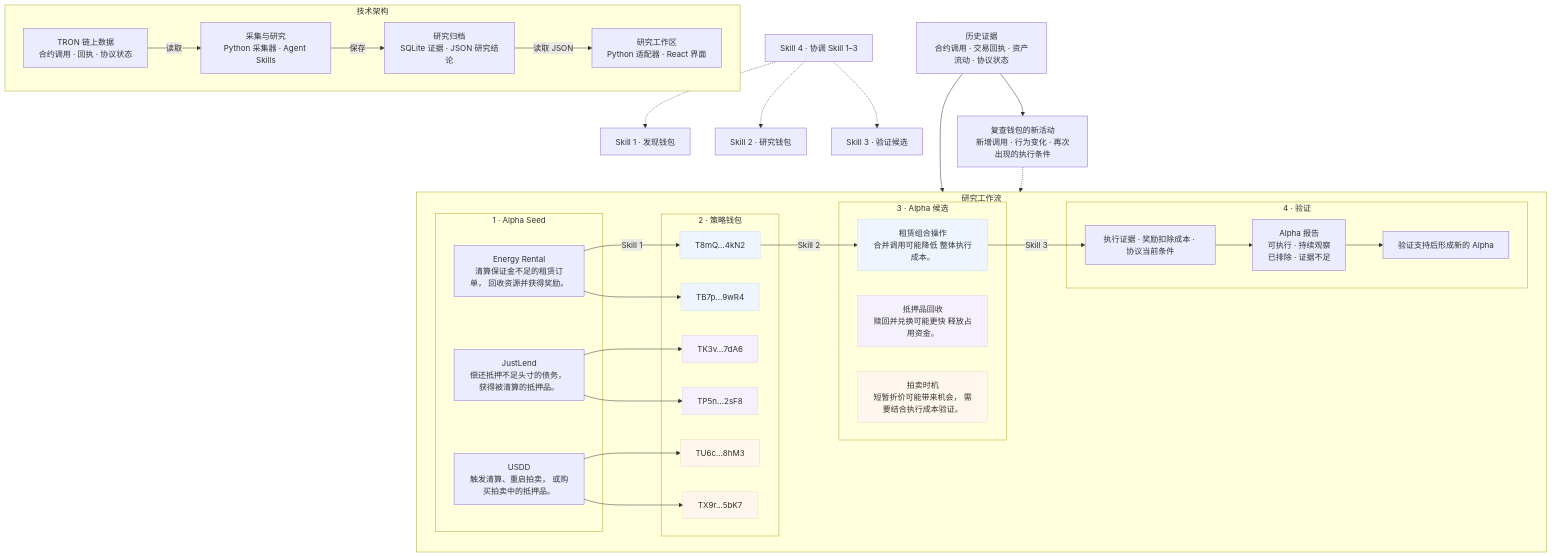
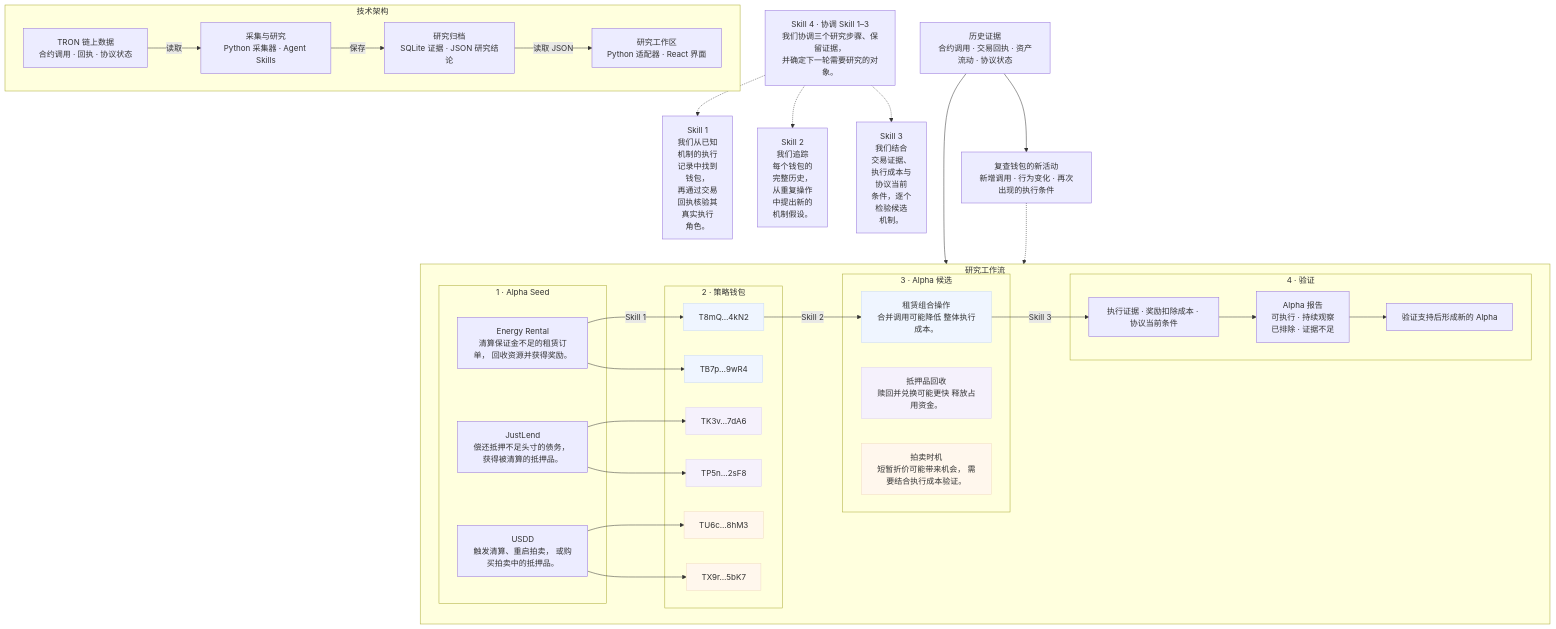
The diagram in docs/diagrams/system-architecture-zh-CN.mmd (qinyh10300/protocol-alpha-finder), drawn with Mermaid before and after one commit. The commit also changed 4 other files, not shown here.

Commit message:
docs: restore Skill introductions at their existing diagram positions

```diff
--- a/docs/diagrams/system-architecture-zh-CN.mmd
+++ b/docs/diagrams/system-architecture-zh-CN.mmd
@@ -1,69 +1,69 @@
 flowchart TB
     subgraph FLOW["研究工作流"]
         direction LR
         subgraph SEEDS["1 · Alpha Seed"]
             SEED0["Energy Rental<br/>清算保证金不足的租赁订单， 回收资源并获得奖励。"]
             SEED1["JustLend<br/>偿还抵押不足头寸的债务， 获得被清算的抵押品。"]
             SEED2["USDD<br/>触发清算、重启拍卖， 或购买拍卖中的抵押品。"]
         end
         subgraph WALLETS["2 · 策略钱包"]
             WALLET0["T8mQ…4kN2"]
             WALLET1["TB7p…9wR4"]
             WALLET2["TK3v…7dA6"]
             WALLET3["TP5n…2sF8"]
             WALLET4["TU6c…8hM3"]
             WALLET5["TX9r…5bK7"]
         end
         subgraph CANDIDATES["3 · Alpha 候选"]
             CANDIDATE0["租赁组合操作<br/>合并调用可能降低 整体执行成本。"]
             CANDIDATE1["抵押品回收<br/>赎回并兑换可能更快 释放占用资金。"]
             CANDIDATE2["拍卖时机<br/>短暂折价可能带来机会， 需要结合执行成本验证。"]
         end
         subgraph VALIDATION["4 · 验证"]
             CHECK["执行证据 · 奖励扣除成本 · 协议当前条件"]
             REPORT["Alpha 报告<br/>可执行 · 持续观察<br/>已排除 · 证据不足"]
             NEW["验证支持后形成新的 Alpha"]
             CHECK --> REPORT --> NEW
         end
         SEED0 -->|Skill 1| WALLET0
         SEED0 --> WALLET1
         SEED1 --> WALLET2
         SEED1 --> WALLET3
         SEED2 --> WALLET4
         SEED2 --> WALLET5
         WALLET0 -->|Skill 2| CANDIDATE0
         CANDIDATE0 -->|Skill 3| CHECK
     end
-    S1["Skill 1 · 发现钱包"]
-    S2["Skill 2 · 研究钱包"]
-    S3["Skill 3 · 验证候选"]
-    S4["Skill 4 · 协调 Skill 1–3"]
+    S1["Skill 1<br/>我们从已知<br/>机制的执行<br/>记录中找到<br/>钱包，<br/>再通过交易<br/>回执核验其<br/>真实执行<br/>角色。"]
+    S2["Skill 2<br/>我们追踪<br/>每个钱包的<br/>完整历史，<br/>从重复操作<br/>中提出新的<br/>机制假设。"]
+    S3["Skill 3<br/>我们结合<br/>交易证据、<br/>执行成本与<br/>协议当前<br/>条件，逐个<br/>检验候选<br/>机制。"]
+    S4["Skill 4 · 协调 Skill 1–3<br/>我们协调三个研究步骤、保留证据，<br/>并确定下一轮需要研究的对象。"]
     S4 -.-> S1
     S4 -.-> S2
     S4 -.-> S3
     HISTORY["历史证据<br/>合约调用 · 交易回执 · 资产流动 · 协议状态"]
     OBSERVE["复查钱包的新活动<br/>新增调用 · 行为变化 · 再次出现的执行条件"]
     HISTORY --> FLOW
     HISTORY --> OBSERVE
     OBSERVE -.-> FLOW
     %% 地址与候选均为方法示意 · 相同颜色标明来源关系，图中只展开一条研究路径。
     %% 重复采集与复查；当前由手动启动检查。
     style WALLET0 fill:#eff5ff,stroke:#c8daf8
     style WALLET1 fill:#eff5ff,stroke:#c8daf8
     style CANDIDATE0 fill:#eff5ff,stroke:#c8daf8
     style WALLET2 fill:#f5f1fc,stroke:#ded2f2
     style WALLET3 fill:#f5f1fc,stroke:#ded2f2
     style CANDIDATE1 fill:#f5f1fc,stroke:#ded2f2
     style WALLET4 fill:#fff7ed,stroke:#f1dcc2
     style WALLET5 fill:#fff7ed,stroke:#f1dcc2
     style CANDIDATE2 fill:#fff7ed,stroke:#f1dcc2
     subgraph TECH["技术架构"]
         direction LR
         T0["TRON 链上数据<br/>合约调用 · 回执 · 协议状态"]
         T1["采集与研究<br/>Python 采集器 · Agent Skills"]
         T0 -->|读取| T1
         T2["研究归档<br/>SQLite 证据 · JSON 研究结论"]
         T1 -->|保存| T2
         T3["研究工作区<br/>Python 适配器 · React 界面"]
         T2 -->|读取 JSON| T3
     end
```
